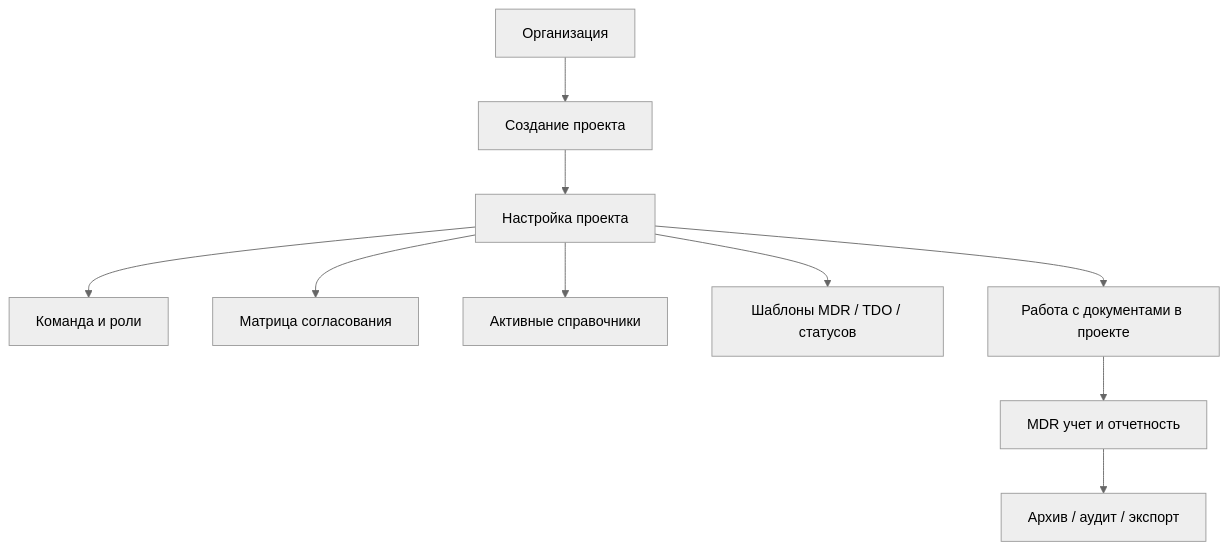
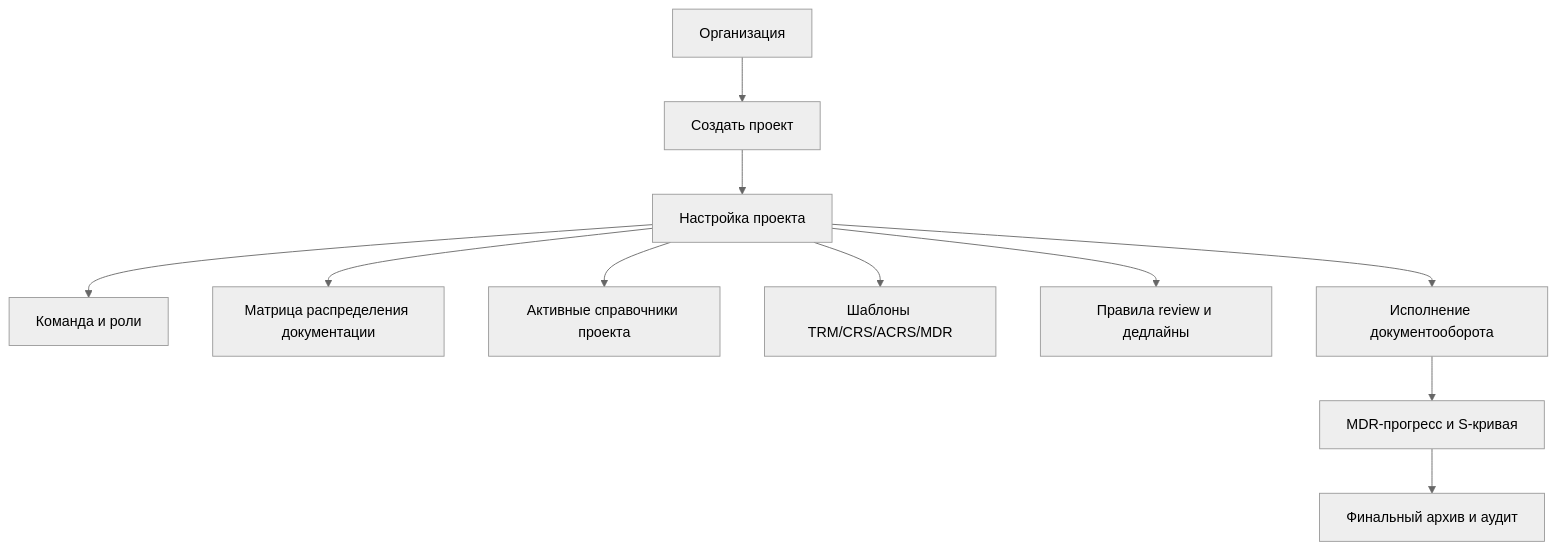
The first of 2 diagrams in PROCESS_WORKFLOW.md (valroi/iva_tdo), drawn with Mermaid (neutral theme) before and after one commit. The commit also changed other lines of this file, not shown here.

Commit message:
docs: align workflow with uploaded TDO and MDR procedures

````diff
--- a/PROCESS_WORKFLOW.md
+++ b/PROCESS_WORKFLOW.md
@@ -13,12 +17,13 @@
 ```mermaid
 flowchart TD
-    A[Организация] --> B[Создание проекта]
+    A[Организация] --> B[Создать проект]
     B --> C[Настройка проекта]
     C --> C1[Команда и роли]
-    C --> C2[Матрица согласования]
-    C --> C3[Активные справочники]
-    C --> C4[Шаблоны MDR / TDO / статусов]
-    C --> D[Работа с документами в проекте]
-    D --> E[MDR учет и отчетность]
-    E --> F[Архив / аудит / экспорт]
+    C --> C2[Матрица распределения документации]
+    C --> C3[Активные справочники проекта]
+    C --> C4[Шаблоны TRM/CRS/ACRS/MDR]
+    C --> C5[Правила review и дедлайны]
+    C --> D[Исполнение документооборота]
+    D --> E[MDR-прогресс и S-кривая]
+    E --> F[Финальный архив и аудит]
 ```
````
